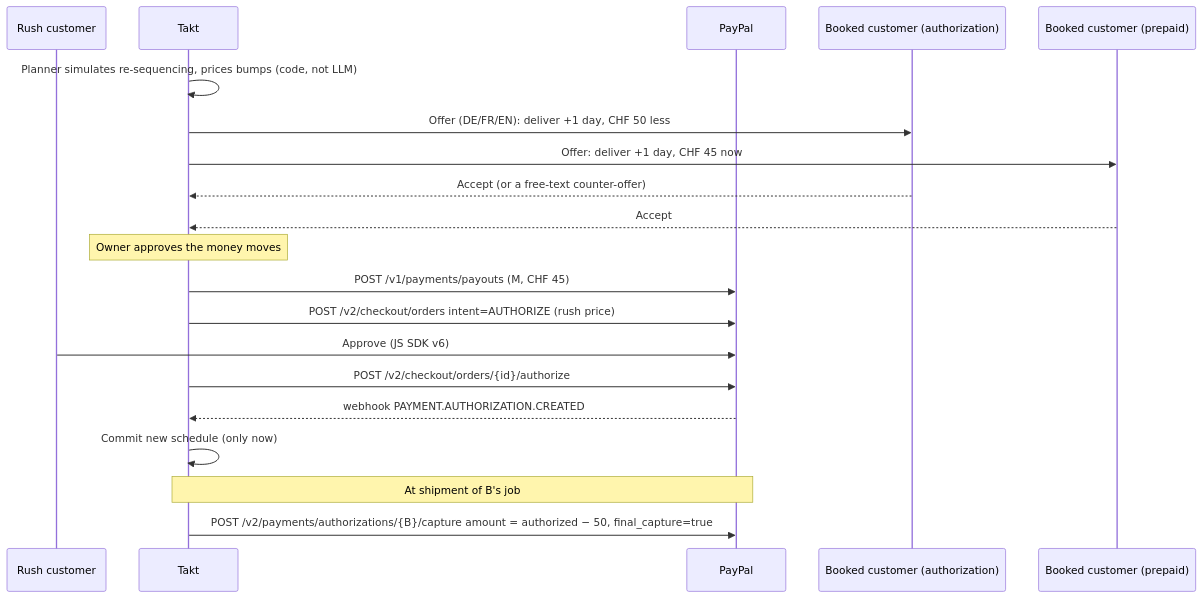
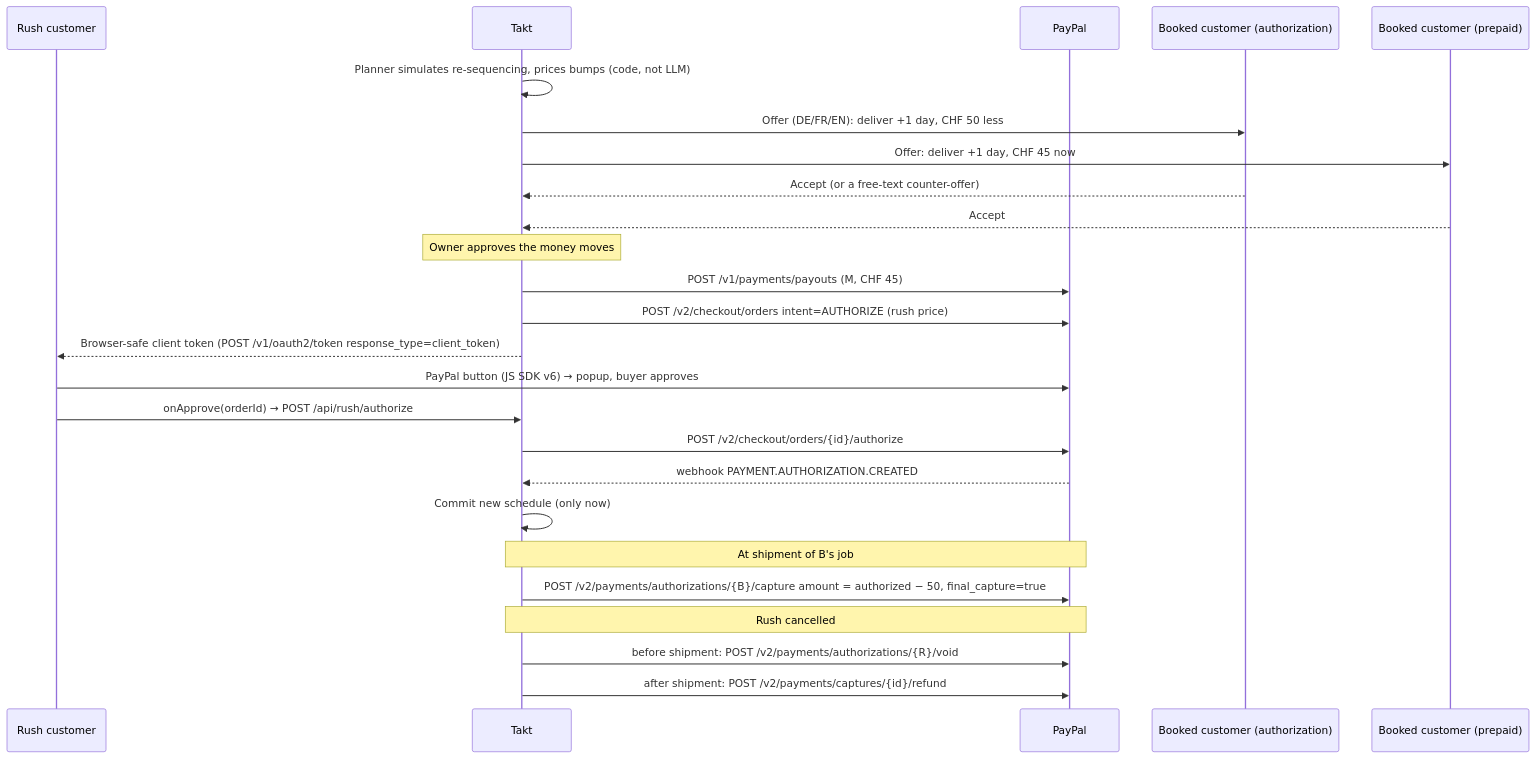
Before and after one commit to Frankkkyy/takt: the third of 3 diagrams in docs/ARCHITECTURE.md, drawn with Mermaid. The commit also changed other lines of this file and 48 other files, not shown here.

First line of the commit message:
PayPal JS SDK v6 rush checkout, per-job PayPal timeline with void/refund, Render deploy plan

````diff
--- a/docs/ARCHITECTURE.md
+++ b/docs/ARCHITECTURE.md
@@ -115,22 +115,27 @@
 ```mermaid
 sequenceDiagram
   participant R as Rush customer
   participant T as Takt
   participant P as PayPal
   participant B as Booked customer (authorization)
   participant M as Booked customer (prepaid)
   T->>T: Planner simulates re-sequencing, prices bumps (code, not LLM)
   T->>B: Offer (DE/FR/EN): deliver +1 day, CHF 50 less
   T->>M: Offer: deliver +1 day, CHF 45 now
   B-->>T: Accept (or a free-text counter-offer)
   M-->>T: Accept
   Note over T: Owner approves the money moves
   T->>P: POST /v1/payments/payouts (M, CHF 45)
   T->>P: POST /v2/checkout/orders intent=AUTHORIZE (rush price)
-  R->>P: Approve (JS SDK v6)
+  T-->>R: Browser-safe client token (POST /v1/oauth2/token response_type=client_token)
+  R->>P: PayPal button (JS SDK v6) → popup, buyer approves
+  R->>T: onApprove(orderId) → POST /api/rush/authorize
   T->>P: POST /v2/checkout/orders/{id}/authorize
   P-->>T: webhook PAYMENT.AUTHORIZATION.CREATED
   T->>T: Commit new schedule (only now)
   Note over T,P: At shipment of B's job
   T->>P: POST /v2/payments/authorizations/{B}/capture amount = authorized − 50, final_capture=true
+  Note over T,P: Rush cancelled
+  T->>P: before shipment: POST /v2/payments/authorizations/{R}/void
+  T->>P: after shipment: POST /v2/payments/captures/{id}/refund
 ```
````
